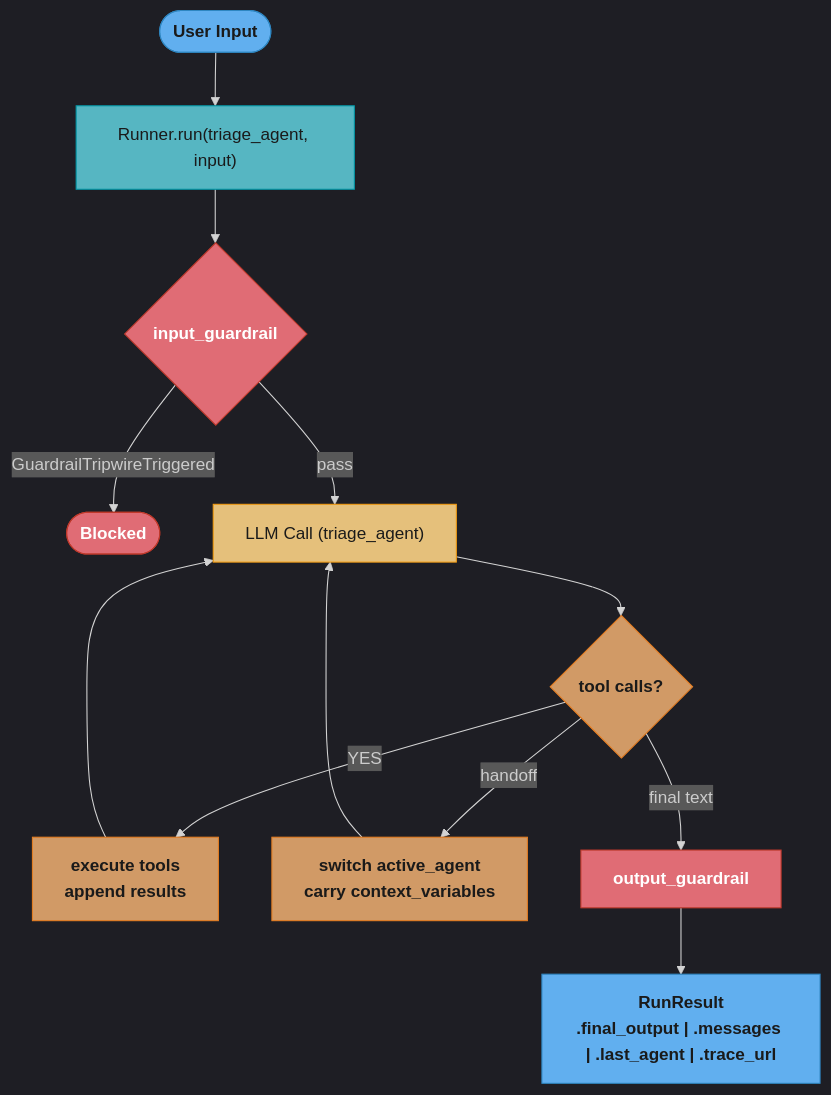
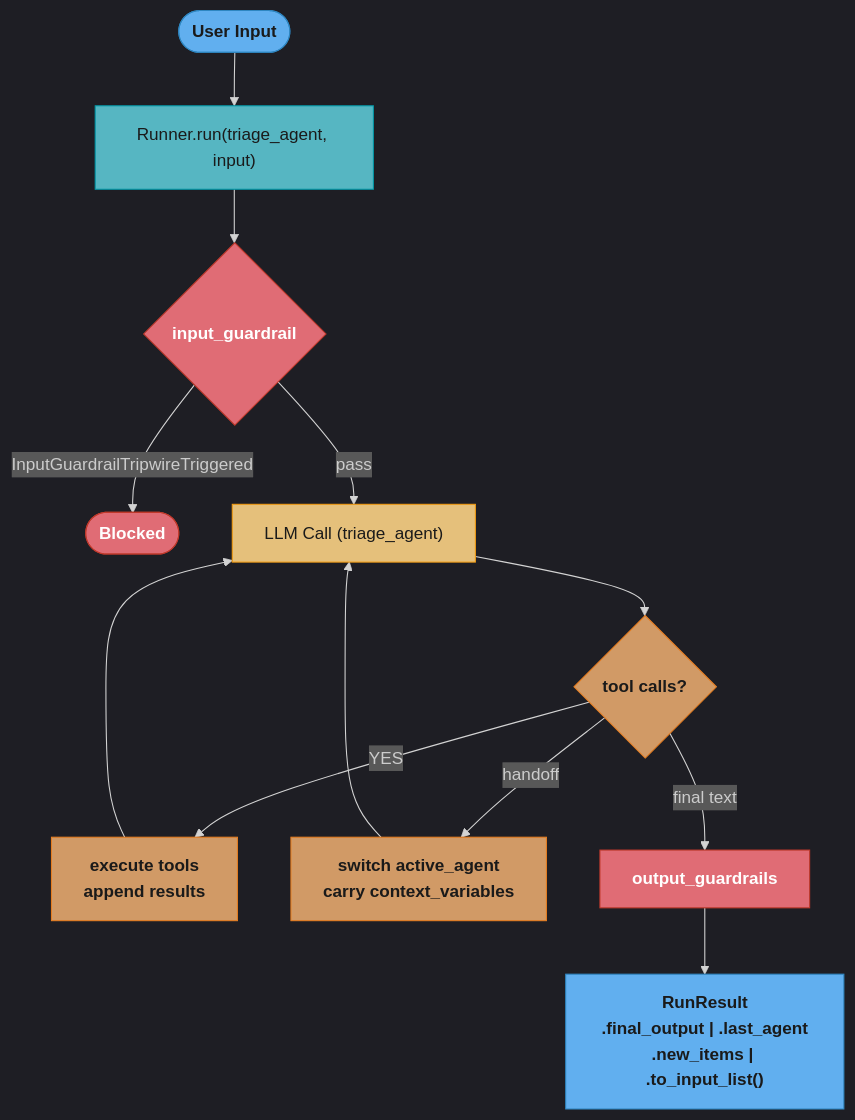
Before and after one commit to rppol/system-design: the second of 4 diagrams in src/main/java/com/rutik/systemdesign/llm/multi_agent_systems/openai_swarm_and_handoffs.md, drawn with Mermaid. The commit also changed other lines of this file and 42 other files, not shown here.

````diff
--- a/src/main/java/com/rutik/systemdesign/llm/multi_agent_systems/openai_swarm_and_handoffs.md
+++ b/src/main/java/com/rutik/systemdesign/llm/multi_agent_systems/openai_swarm_and_handoffs.md
@@ -144,26 +148,26 @@
 ```mermaid
 %%{init: {'flowchart': {'curve': 'basis'}, 'theme': 'dark'}}%%
 flowchart TD
     classDef io      fill:#61afef,stroke:#2e86c1,color:#1a1a1a,font-weight:bold
     classDef frozen  fill:#c678dd,stroke:#9b59b6,color:#fff
     classDef train   fill:#98c379,stroke:#27ae60,color:#1a1a1a
     classDef mathOp  fill:#d19a66,stroke:#e67e22,color:#1a1a1a,font-weight:bold
     classDef lossN   fill:#e06c75,stroke:#c0392b,color:#fff,font-weight:bold
     classDef req     fill:#56b6c2,stroke:#0097a7,color:#1a1a1a
     classDef base    fill:#e5c07b,stroke:#f39c12,color:#1a1a1a
 
     Input([User Input]) --> RunnerRun["Runner.run(triage_agent, input)"]
     RunnerRun --> Guard{"input_guardrail"}
-    Guard -- "GuardrailTripwireTriggered" --> Blocked([Blocked])
+    Guard -- "InputGuardrailTripwireTriggered" --> Blocked([Blocked])
     Guard -- pass --> LLMCall["LLM Call (triage_agent)"]
     LLMCall --> ToolCalls{"tool calls?"}
     ToolCalls -- YES --> ExecTools["execute tools\nappend results"] --> LLMCall
     ToolCalls -- handoff --> Switch["switch active_agent\ncarry context_variables"] --> LLMCall
-    ToolCalls -- "final text" --> OutGuard["output_guardrail"] --> Result["RunResult\n.final_output | .messages | .last_agent | .trace_url"]
+    ToolCalls -- "final text" --> OutGuard["output_guardrails"] --> Result["RunResult\n.final_output | .last_agent\n.new_items | .to_input_list()"]
 
     class Input,Result io
     class RunnerRun req
     class Guard,OutGuard,Blocked lossN
     class LLMCall base
     class ToolCalls,ExecTools,Switch mathOp
 ```
````
